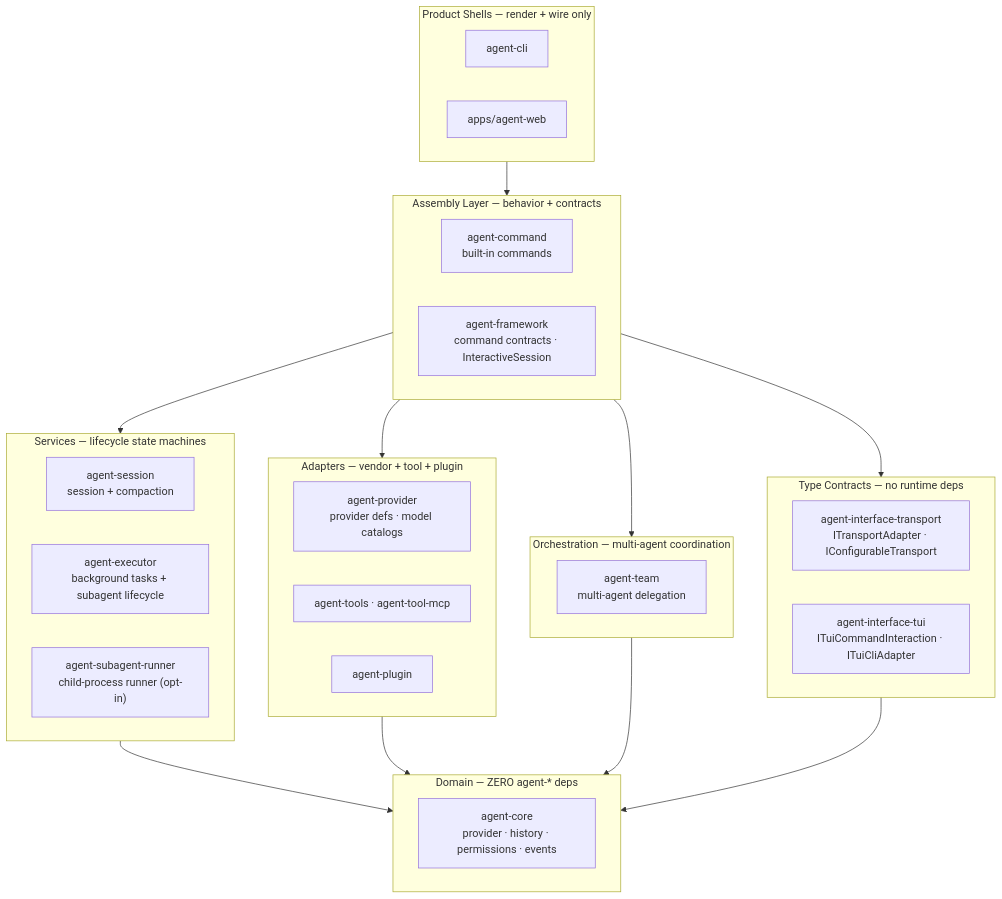
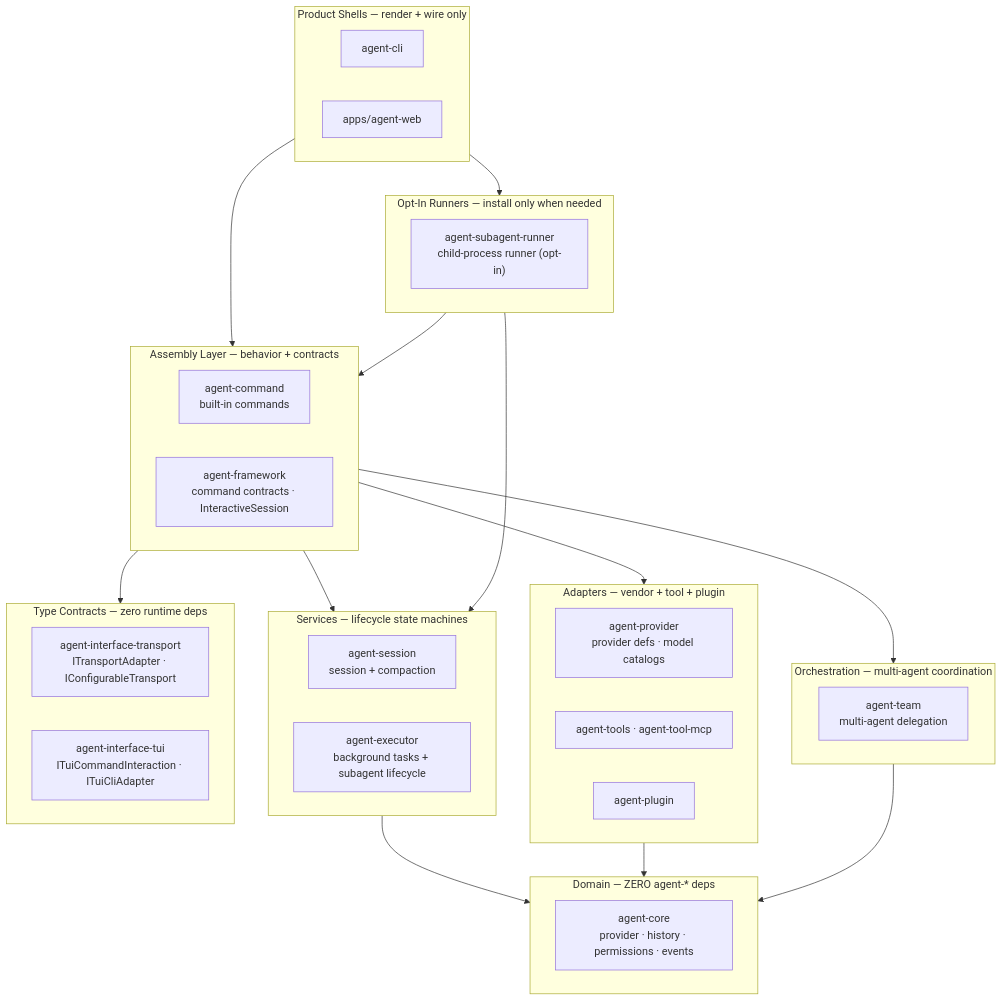
Before and after one commit to woojubb/robota: the diagram in .agents/specs/architecture-map/capability-placement.md, drawn with Mermaid. The commit also changed 2 other files, not shown here.

Commit message:
docs(arch-rev-002): fix dependency-direction.md diagram — 4 verified inaccuracies
- TypeContracts node: zero runtime deps (not even agent-core) — remove
  edge to Domain, update node label and table row
- Assembly→Orchestration → Playground→Orchestration (agent-playground
  is sole consumer of agent-team; agent-framework has no agent-team dep)
- Assembly node: add agent-command, remove apps/agent-server (deployment
  unit, not SDK assembly package)
- capability-placement.md: move agent-subagent-runner from Services to
  dedicated OptIn subgraph — consistent with dependency-direction.md

````diff
--- a/.agents/specs/architecture-map/capability-placement.md
+++ b/.agents/specs/architecture-map/capability-placement.md
@@ -14,41 +14,45 @@
 ```mermaid
 flowchart TB
   subgraph Shell["Product Shells — render + wire only"]
     CLI2["agent-cli"]
     Web["apps/agent-web"]
   end
   subgraph Assembly["Assembly Layer — behavior + contracts"]
     CMD["agent-command\nbuilt-in commands"]
     FW["agent-framework\ncommand contracts · InteractiveSession"]
   end
   subgraph Services["Services — lifecycle state machines"]
     SESS["agent-session\nsession + compaction"]
     EXEC["agent-executor\nbackground tasks + subagent lifecycle"]
+  end
+  subgraph OptIn["Opt-In Runners — install only when needed"]
     SUBRUN["agent-subagent-runner\nchild-process runner (opt-in)"]
   end
   subgraph Adapters["Adapters — vendor + tool + plugin"]
     PROV["agent-provider\nprovider defs · model catalogs"]
     TOOLS["agent-tools · agent-tool-mcp"]
     PLUGIN["agent-plugin"]
   end
   subgraph Orchestration["Orchestration — multi-agent coordination"]
     TEAM["agent-team\nmulti-agent delegation"]
   end
-  subgraph TypeContracts["Type Contracts — no runtime deps"]
+  subgraph TypeContracts["Type Contracts — zero runtime deps"]
     IFTRANSPORT["agent-interface-transport\nITransportAdapter · IConfigurableTransport"]
     IFTUI["agent-interface-tui\nITuiCommandInteraction · ITuiCliAdapter"]
   end
   subgraph Domain["Domain — ZERO agent-* deps"]
     CORE["agent-core\nprovider · history · permissions · events"]
   end
 
   Shell --> Assembly
+  Shell --> OptIn
   Assembly --> Services
   Assembly --> Adapters
   Assembly --> Orchestration
   Assembly --> TypeContracts
   Services --> Domain
   Adapters --> Domain
   Orchestration --> Domain
-  TypeContracts --> Domain
+  OptIn --> Assembly
+  OptIn --> Services
 ```
````
